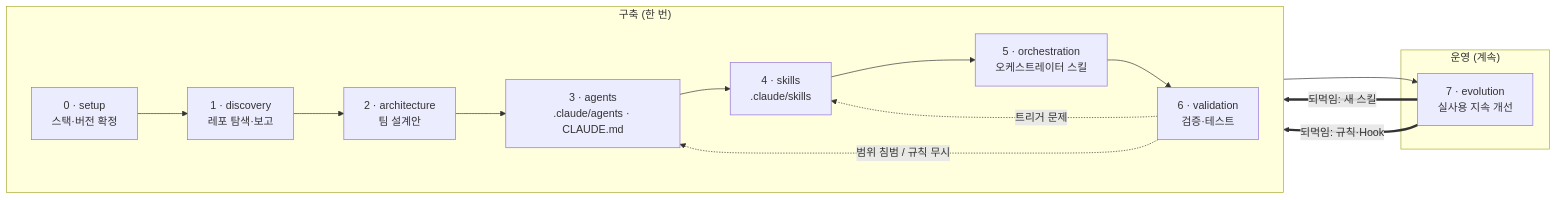
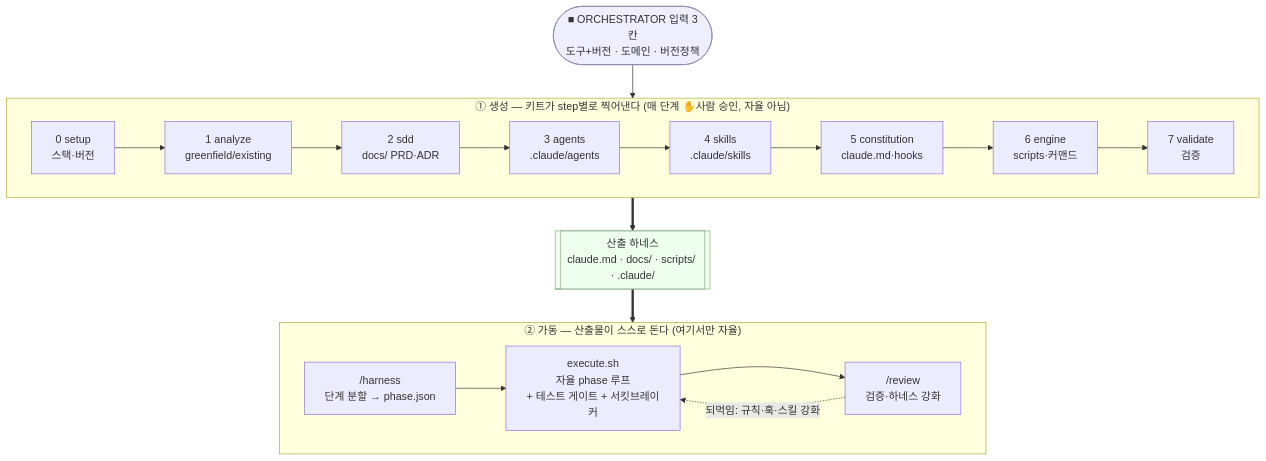
One commit to yyytgf123/phased-agent-harness-setting changed the diagram in README.md. Above: the diagram before and after it, drawn with Mermaid. The commit also changed other lines of this file and 121 other files, not shown here.

````diff
--- a/README.md
+++ b/README.md
@@ -110,27 +79,31 @@
 ```mermaid
-flowchart LR
-    subgraph BUILD ["구축 (한 번)"]
+flowchart TB
+    IN([■ ORCHESTRATOR 입력 3칸<br/>도구+버전 · 도메인 · 버전정책]):::inp
+
+    subgraph GEN["① 생성 — 키트가 step별로 찍어낸다 (매 단계 ✋사람 승인, 자율 아님)"]
         direction LR
-        P0["0 · setup<br/>스택·버전 확정"]
-        P1["1 · discovery<br/>레포 탐색·보고"]
-        P2["2 · architecture<br/>팀 설계안"]
-        P3["3 · agents<br/>.claude/agents · CLAUDE.md"]
-        P4["4 · skills<br/>.claude/skills"]
-        P5["5 · orchestration<br/>오케스트레이터 스킬"]
-        P6["6 · validation<br/>검증·테스트"]
-        P0 --> P1 --> P2 --> P3 --> P4 --> P5 --> P6
-    end
-    subgraph RUN ["운영 (계속)"]
-        P7["7 · evolution<br/>실사용 지속 개선"]
+        S0[0 setup<br/>스택·버전] --> S1[1 analyze<br/>greenfield/existing]
+        S1 --> S2[2 sdd<br/>docs/ PRD·ADR]
+        S2 --> S3[3 agents<br/>.claude/agents]
+        S3 --> S4[4 skills<br/>.claude/skills]
+        S4 --> S5[5 constitution<br/>claude.md·hooks]
+        S5 --> S6[6 engine<br/>scripts·커맨드]
+        S6 --> S7[7 validate<br/>검증]
     end
 
-    P6 --> P7
+    OUT[[산출 하네스<br/>claude.md · docs/ · scripts/ · .claude/]]:::out
 
-    %% Phase 6: 문제 발견 시 원인 단계로 되돌아가 재검증
-    P6 -. "트리거 문제" .-> P4
-    P6 -. "범위 침범 / 규칙 무시" .-> P3
+    subgraph RUN["② 가동 — 산출물이 스스로 돈다 (여기서만 자율)"]
+        direction LR
+        H["/harness<br/>단계 분할 → phase.json"] --> EX["execute.sh<br/>자율 phase 루프<br/>+ 테스트 게이트 + 서킷브레이커"]
+        EX --> RV["/review<br/>검증·하네스 강화"]
+        RV -. 되먹임: 규칙·훅·스킬 강화 .-> EX
+    end
 
-    %% Phase 7: 검증된 패턴을 규칙·스킬·Hook으로 승격해 되먹임
-    P7 == "되먹임: 새 스킬" ==> P4
-    P7 == "되먹임: 규칙·Hook" ==> P3
+    IN --> S0
+    S7 ==> OUT
+    OUT ==> H
+
+    classDef inp fill:#eef,stroke:#88a;
+    classDef out fill:#efe,stroke:#8a8;
 ```
````
